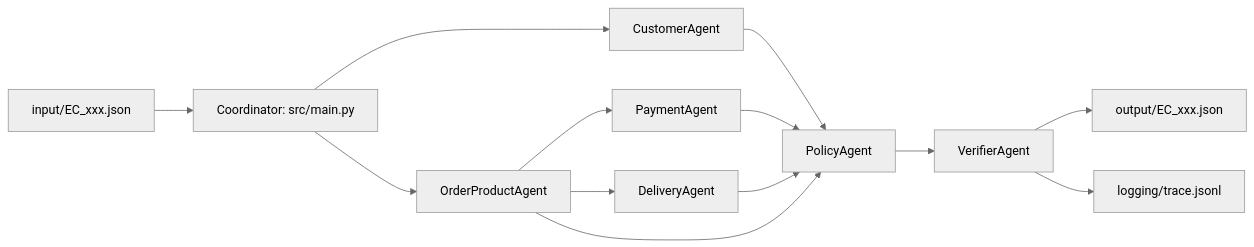
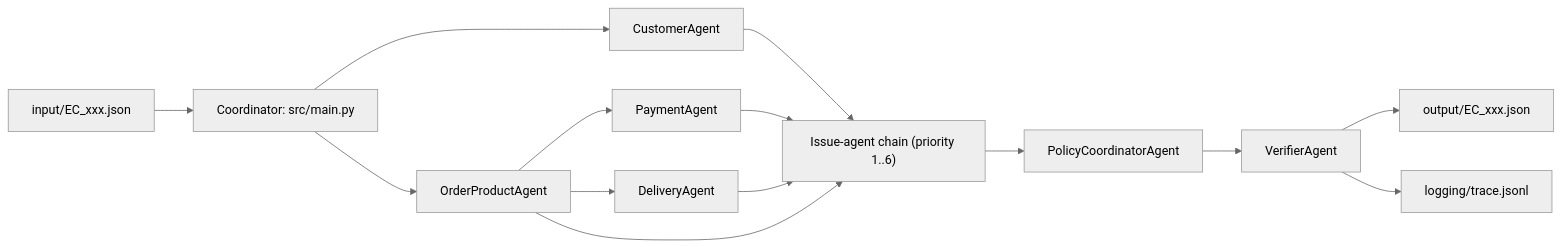
The diagram in architecture.md (dhquan04/Day09-2A202602034-Dinh-Hoang-Quan), drawn with Mermaid (neutral theme) before and after one commit. The commit also changed other lines of this file and 15 other files, not shown here.

````diff
--- a/architecture.md
+++ b/architecture.md
@@ -10,15 +12,16 @@
 ```mermaid
 flowchart LR
     I["input/EC_xxx.json"] --> C["Coordinator: src/main.py"]
     C --> CA["CustomerAgent"]
     C --> OP["OrderProductAgent"]
     OP --> PA["PaymentAgent"]
     OP --> DA["DeliveryAgent"]
-    CA --> PO["PolicyAgent"]
-    PA --> PO
-    DA --> PO
-    OP --> PO
-    PO --> V["VerifierAgent"]
+    CA --> IA["Issue-agent chain (priority 1..6)"]
+    PA --> IA
+    DA --> IA
+    OP --> IA
+    IA --> PC["PolicyCoordinatorAgent"]
+    PC --> V["VerifierAgent"]
     V --> O["output/EC_xxx.json"]
     V --> T["logging/trace.jsonl"]
 ```
````
